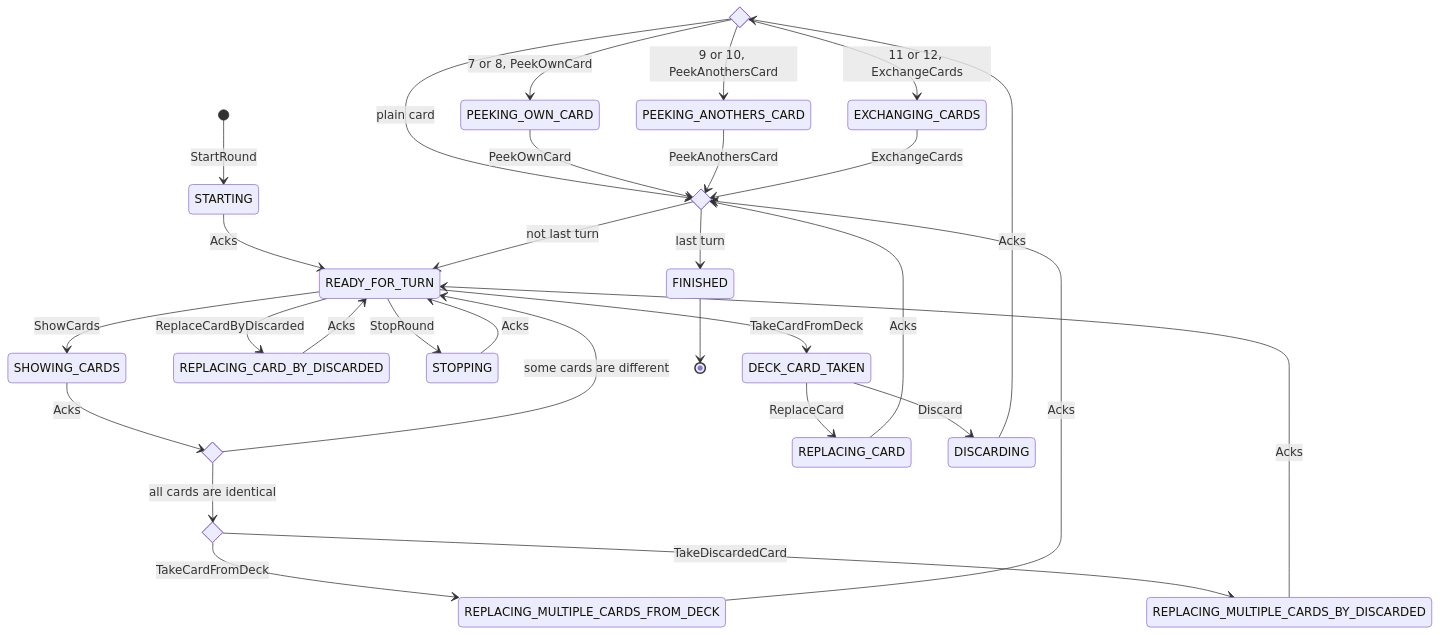
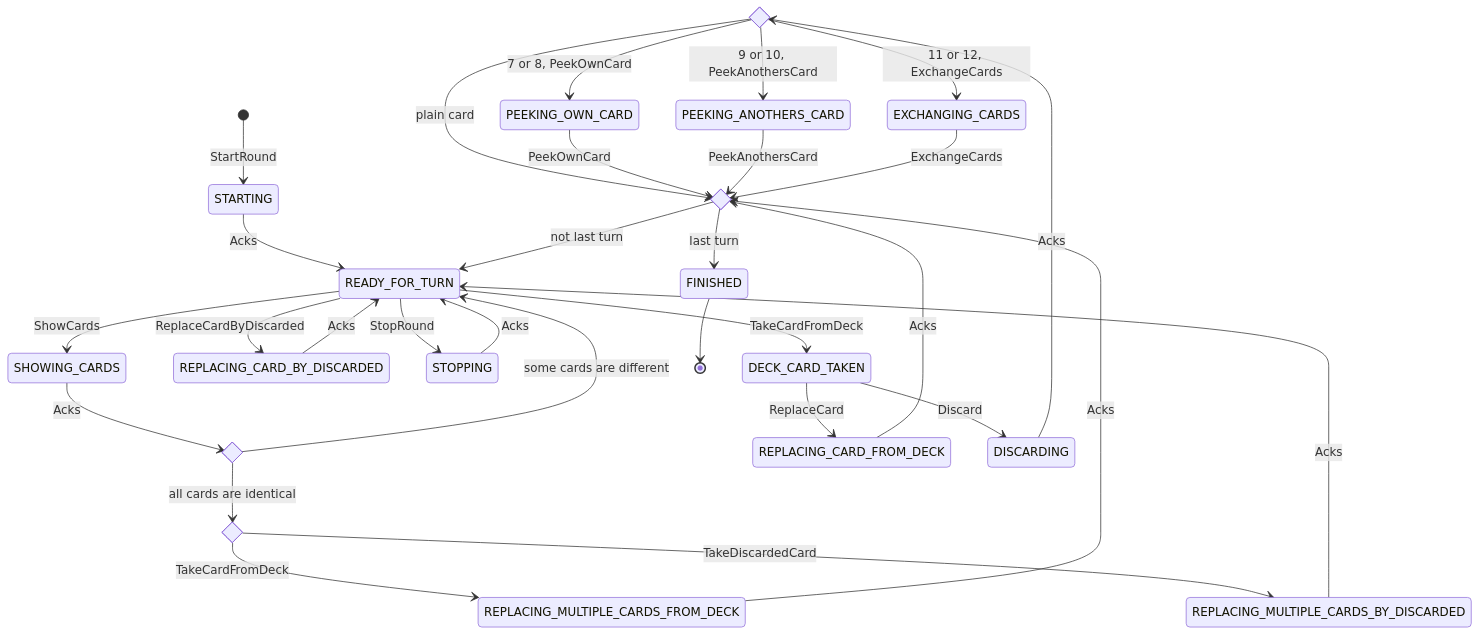
Before and after one commit to roman-zubarevich/another: the first of 15 diagrams in README.md, drawn with Mermaid.

Commit message:
adjust readme

````diff
--- a/README.md
+++ b/README.md
@@ -7,36 +7,36 @@
 ```mermaid
 stateDiagram-v2
     state discarded <<choice>>
     state comparing_cards <<choice>>
     state replacing_cards <<choice>>
     state turn_done <<choice>>
     [*] --> STARTING: StartRound
     STARTING --> READY_FOR_TURN: Acks
     READY_FOR_TURN --> DECK_CARD_TAKEN: TakeCardFromDeck
     READY_FOR_TURN --> REPLACING_CARD_BY_DISCARDED: ReplaceCardByDiscarded
     READY_FOR_TURN --> STOPPING: StopRound
     READY_FOR_TURN --> SHOWING_CARDS: ShowCards
     SHOWING_CARDS --> comparing_cards: Acks
     comparing_cards --> READY_FOR_TURN: some cards are different
     comparing_cards --> replacing_cards: all cards are identical
     replacing_cards --> REPLACING_MULTIPLE_CARDS_FROM_DECK: TakeCardFromDeck
     replacing_cards --> REPLACING_MULTIPLE_CARDS_BY_DISCARDED: TakeDiscardedCard
-    DECK_CARD_TAKEN --> REPLACING_CARD: ReplaceCard
-    REPLACING_CARD --> turn_done: Acks
+    DECK_CARD_TAKEN --> REPLACING_CARD_FROM_DECK: ReplaceCard
+    REPLACING_CARD_FROM_DECK --> turn_done: Acks
     DECK_CARD_TAKEN --> DISCARDING: Discard
     DISCARDING --> discarded: Acks
     discarded --> turn_done: plain card
     discarded --> PEEKING_OWN_CARD: 7 or 8, PeekOwnCard
     discarded --> PEEKING_ANOTHERS_CARD: 9 or 10, PeekAnothersCard
     discarded --> EXCHANGING_CARDS: 11 or 12, ExchangeCards
     REPLACING_CARD_BY_DISCARDED --> READY_FOR_TURN: Acks
     REPLACING_MULTIPLE_CARDS_BY_DISCARDED --> READY_FOR_TURN: Acks
     STOPPING --> READY_FOR_TURN: Acks
     REPLACING_MULTIPLE_CARDS_FROM_DECK --> turn_done: Acks
     PEEKING_OWN_CARD --> turn_done: PeekOwnCard
     PEEKING_ANOTHERS_CARD --> turn_done: PeekAnothersCard
     EXCHANGING_CARDS --> turn_done: ExchangeCards
     turn_done --> READY_FOR_TURN: not last turn
     turn_done --> FINISHED: last turn
     FINISHED --> [*]
 ```
````
